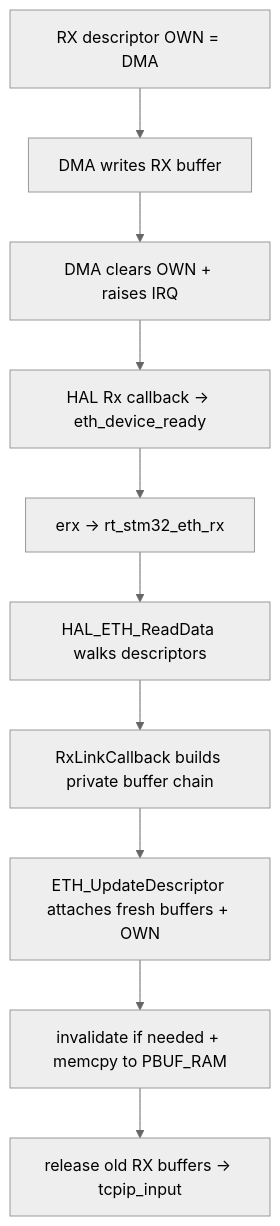
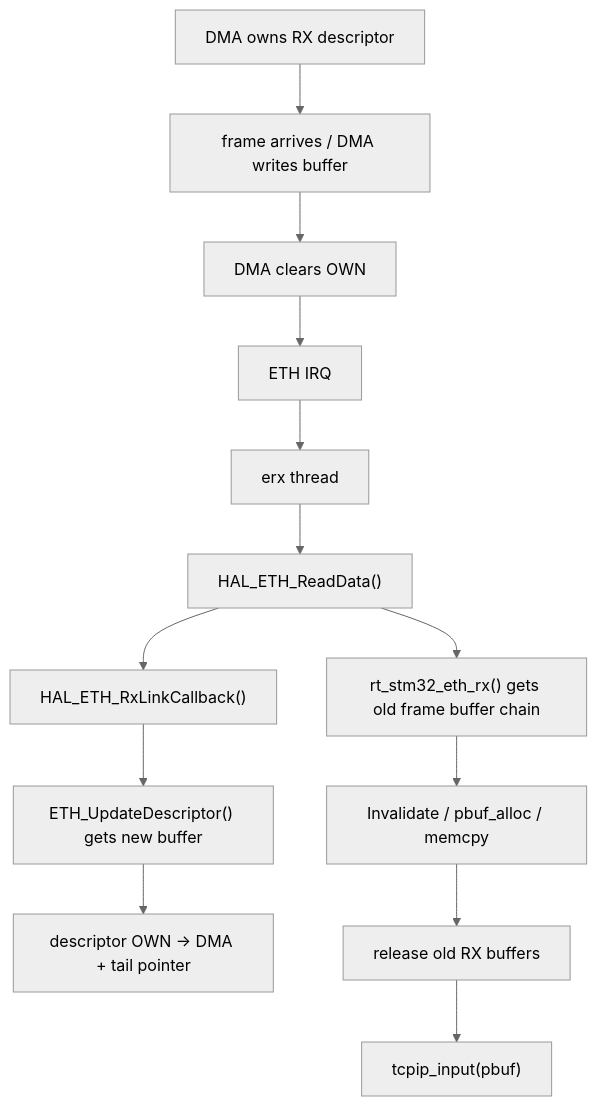
One commit to wdfk-prog/lwIP-Source-Lab changed the seventh of 8 diagrams in docs/43-stm32h7-ethernet-dma-cache-zero-copy.md. Above: the diagram before and after it, drawn with Mermaid (neutral theme). The commit also changed other lines of this file and 49 other files, not shown here.

````diff
--- a/docs/43-stm32h7-ethernet-dma-cache-zero-copy.md
+++ b/docs/43-stm32h7-ethernet-dma-cache-zero-copy.md
@@ -526,12 +970,15 @@
 ```mermaid
 flowchart TD
-    A["RX descriptor OWN = DMA"] --> B["DMA writes RX buffer"]
-    B --> C["DMA clears OWN + raises IRQ"]
-    C --> D["HAL Rx callback -> eth_device_ready"]
-    D --> E["erx -> rt_stm32_eth_rx"]
-    E --> F["HAL_ETH_ReadData walks descriptors"]
-    F --> G["RxLinkCallback builds private buffer chain"]
-    G --> H["ETH_UpdateDescriptor attaches fresh buffers + OWN"]
-    H --> I["invalidate if needed + memcpy to PBUF_RAM"]
-    I --> J["release old RX buffers -> tcpip_input"]
+    A["DMA owns RX descriptor"] --> B["frame arrives / DMA writes buffer"]
+    B --> C["DMA clears OWN"]
+    C --> D["ETH IRQ"]
+    D --> E["erx thread"]
+    E --> F["HAL_ETH_ReadData()"]
+    F --> G["HAL_ETH_RxLinkCallback()"]
+    G --> H["ETH_UpdateDescriptor() gets new buffer"]
+    H --> I["descriptor OWN -> DMA + tail pointer"]
+    F --> J["rt_stm32_eth_rx() gets old frame buffer chain"]
+    J --> K["Invalidate / pbuf_alloc / memcpy"]
+    K --> L["release old RX buffers"]
+    L --> M["tcpip_input(pbuf)"]
 ```
````
